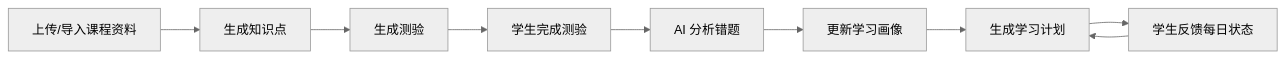
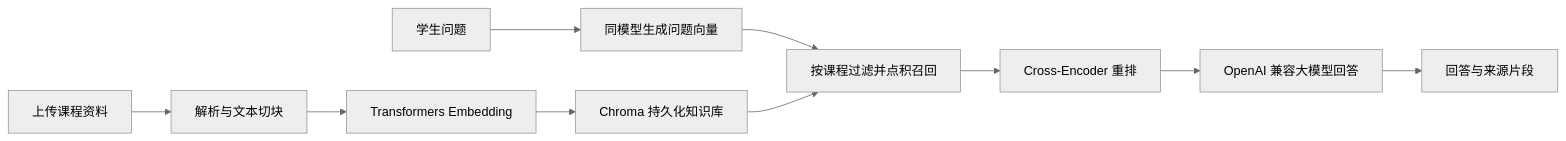
One commit to fox7372/ai-coach changed the diagram in README.md. Above: the diagram before and after it, drawn with Mermaid (neutral theme). The commit also changed other lines of this file and 1 other file, not shown here.

````diff
--- a/README.md
+++ b/README.md
@@ -107,11 +21,12 @@
 ```mermaid
 flowchart LR
-    A["上传/导入课程资料"] --> B["生成知识点"]
-    B --> C["生成测验"]
-    C --> D["学生完成测验"]
-    D --> E["AI 分析错题"]
-    E --> F["更新学习画像"]
-    F --> G["生成学习计划"]
-    G --> H["学生反馈每日状态"]
-    H --> G
+    A["上传课程资料"] --> B["解析与文本切块"]
+    B --> C["Transformers Embedding"]
+    C --> D["Chroma 持久化知识库"]
+    Q["学生问题"] --> E["同模型生成问题向量"]
+    E --> F["按课程过滤并点积召回"]
+    D --> F
+    F --> G["Cross-Encoder 重排"]
+    G --> H["OpenAI 兼容大模型回答"]
+    H --> I["回答与来源片段"]
 ```
````
